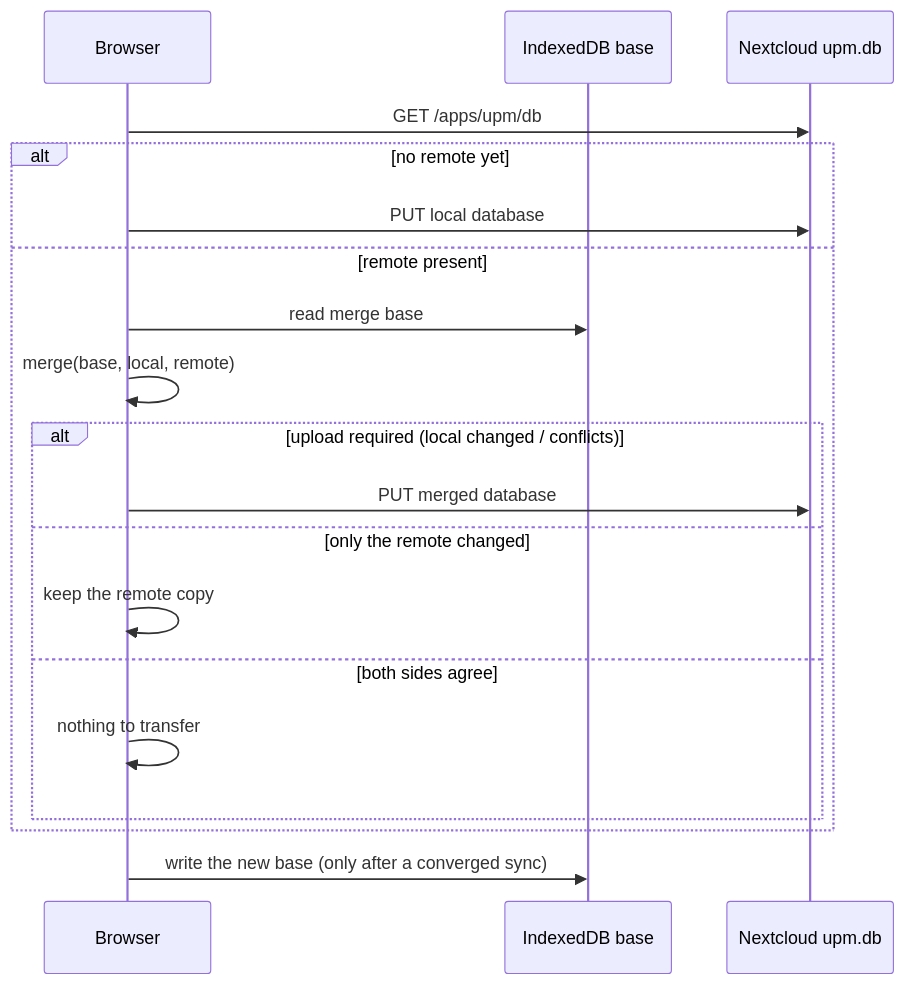
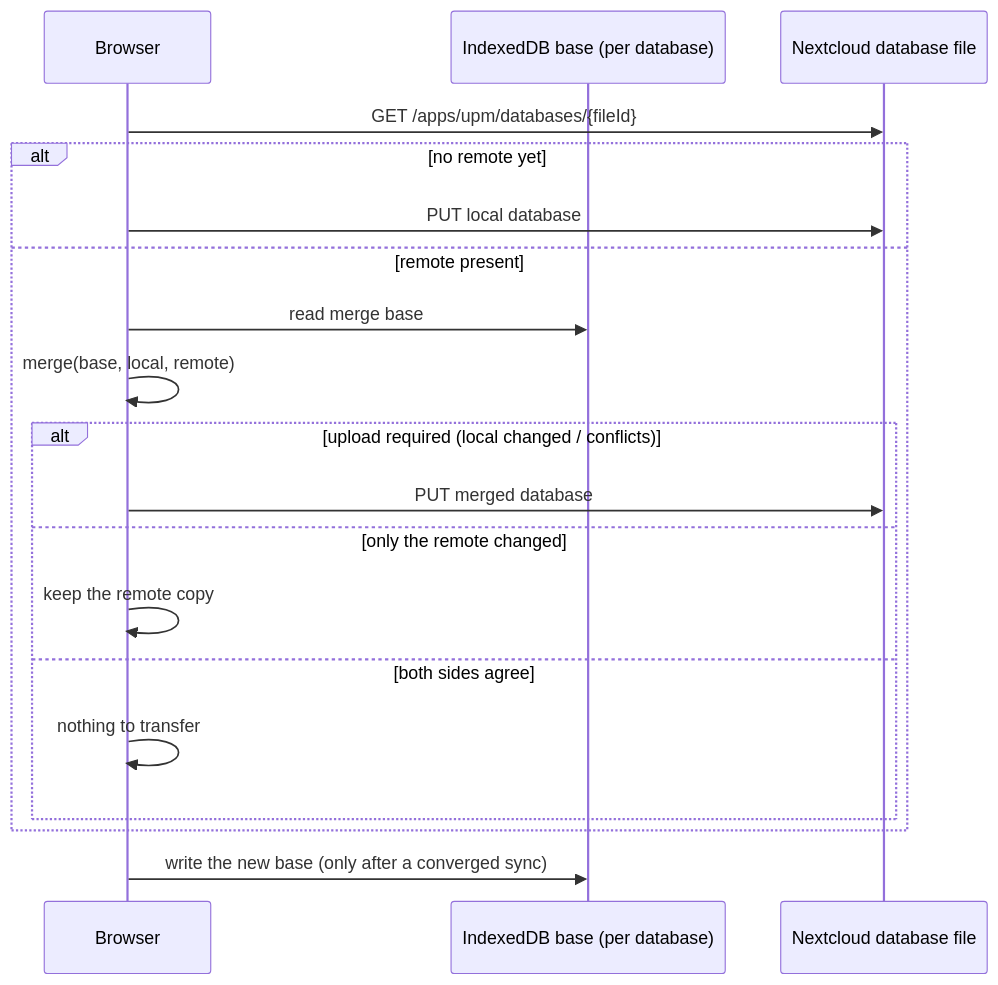
The diagram in README.md (majorkingleo/upm-nextcloud), drawn with Mermaid before and after one commit. The commit also changed other lines of this file and 21 other files, not shown here.

First line of the commit message:
feat: multiple databases with per-database sync state (Phase 9)

````diff
--- a/README.md
+++ b/README.md
@@ -40,21 +40,21 @@
 ```mermaid
 sequenceDiagram
   participant B as Browser
-  participant IB as IndexedDB base
-  participant N as Nextcloud upm.db
-  B->>N: GET /apps/upm/db
+  participant IB as IndexedDB base (per database)
+  participant N as Nextcloud database file
+  B->>N: GET /apps/upm/databases/{fileId}
   alt no remote yet
     B->>N: PUT local database
   else remote present
     B->>IB: read merge base
     B->>B: merge(base, local, remote)
     alt upload required (local changed / conflicts)
       B->>N: PUT merged database
     else only the remote changed
       B->>B: keep the remote copy
     else both sides agree
       B->>B: nothing to transfer
     end
   end
   B->>IB: write the new base (only after a converged sync)
 ```
````
